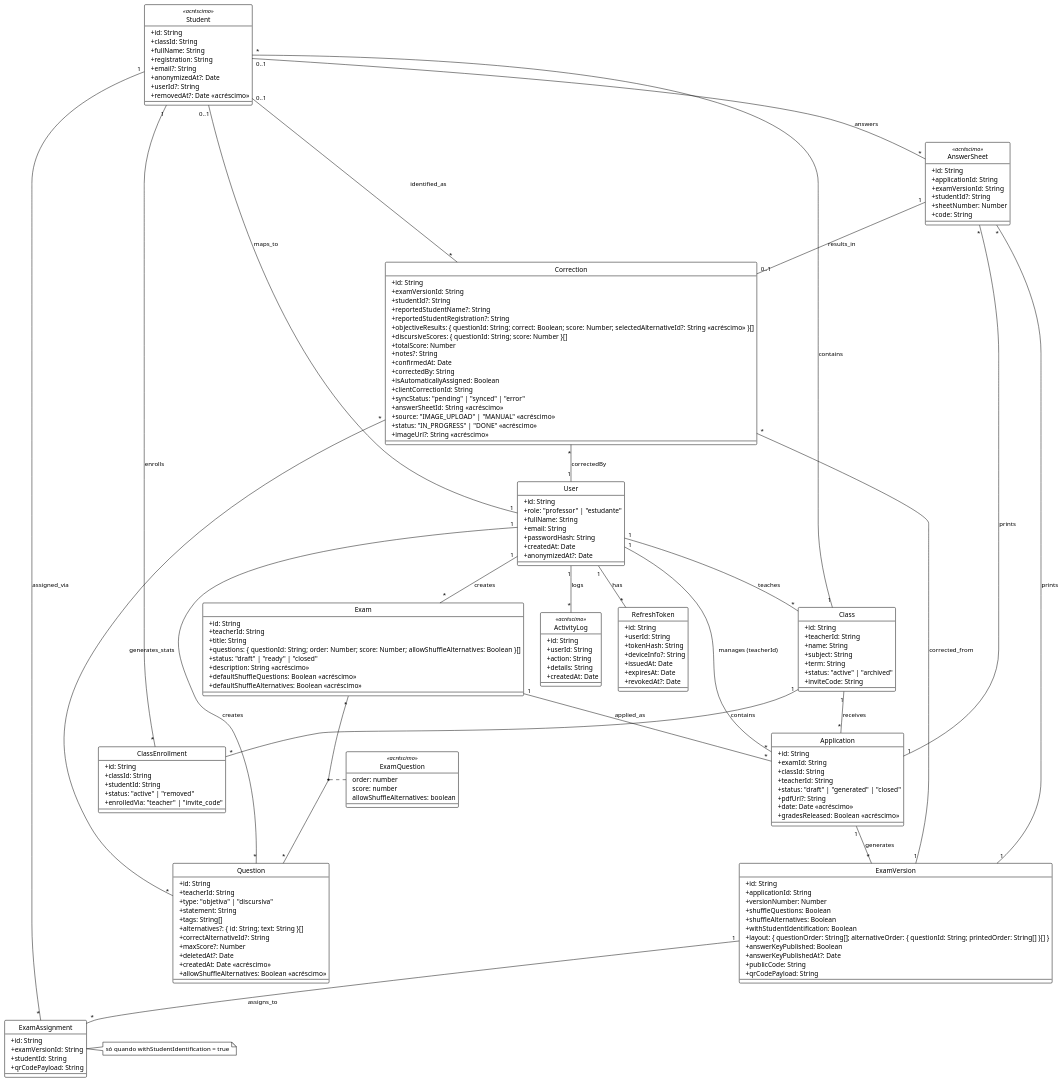
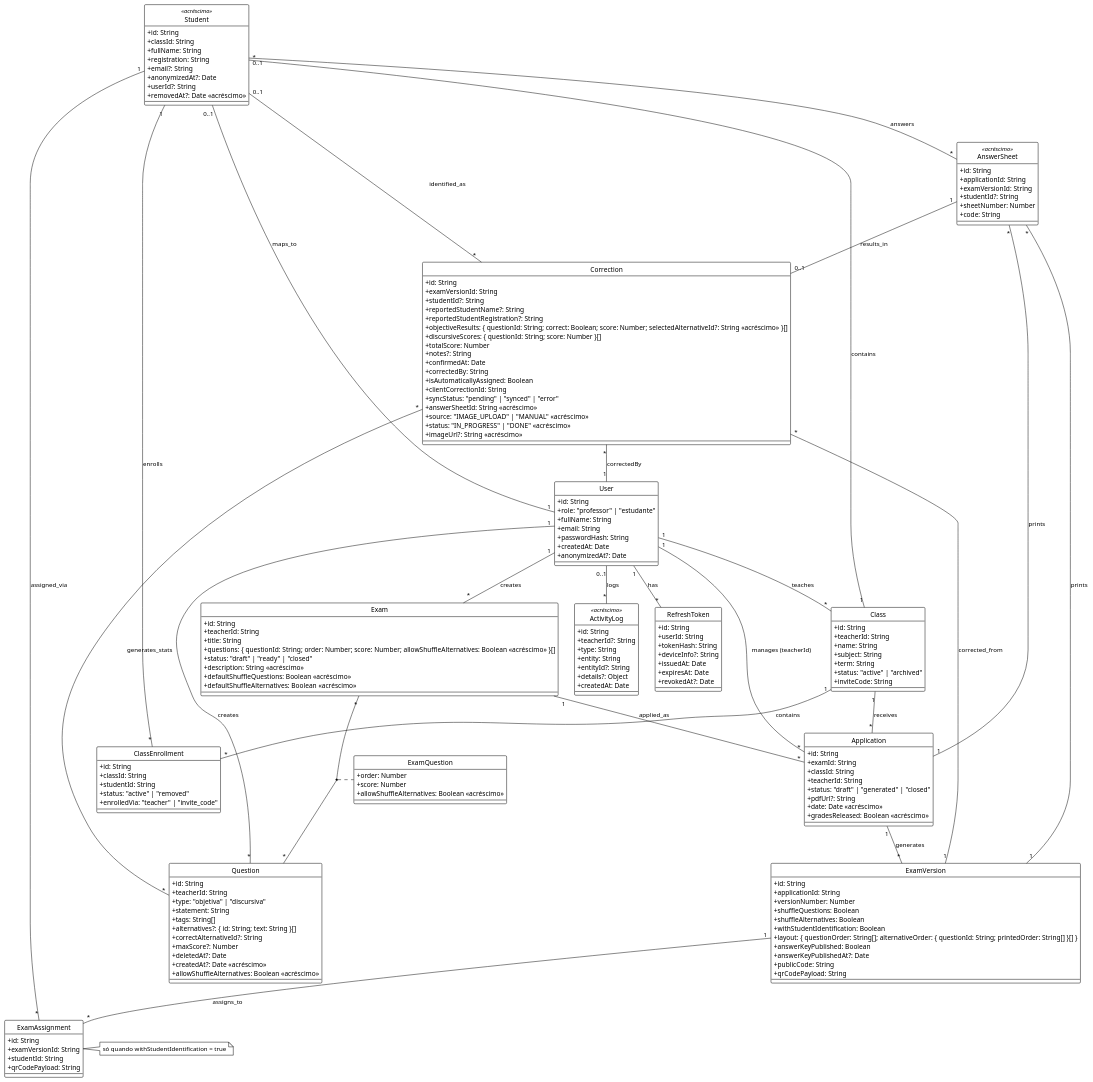
One commit to PrieTorres/correctio-app changed the diagram in docs/uml/class-diagram.puml. Above: the diagram before and after it, drawn with PlantUML. The commit also changed 1 other file, not shown here.

Commit message:
docs: match the class diagram to the data model: ActivityLog fields, optional Question.createdAt and the Spec's exam questions

```diff
--- a/docs/uml/class-diagram.puml
+++ b/docs/uml/class-diagram.puml
@@ -1,183 +1,185 @@
 @startuml
 !theme plain
 skinparam classAttributeIconSize 0
 hide circle
 
 class User {
-  +id: String
-  +role: "professor" | "estudante"
-  +fullName: String
-  +email: String
-  +passwordHash: String
-  +createdAt: Date
-  +anonymizedAt?: Date
+  +id: String
+  +role: "professor" | "estudante"
+  +fullName: String
+  +email: String
+  +passwordHash: String
+  +createdAt: Date
+  +anonymizedAt?: Date
 }
 
 class RefreshToken {
-  +id: String
-  +userId: String
-  +tokenHash: String
-  +deviceInfo?: String
-  +issuedAt: Date
-  +expiresAt: Date
-  +revokedAt?: Date
+  +id: String
+  +userId: String
+  +tokenHash: String
+  +deviceInfo?: String
+  +issuedAt: Date
+  +expiresAt: Date
+  +revokedAt?: Date
 }
 
 class Class {
-  +id: String
-  +teacherId: String
-  +name: String
-  +subject: String
-  +term: String
-  +status: "active" | "archived"
-  +inviteCode: String
+  +id: String
+  +teacherId: String
+  +name: String
+  +subject: String
+  +term: String
+  +status: "active" | "archived"
+  +inviteCode: String
 }
 
 class Student <<acréscimo>> {
-  +id: String
-  +classId: String
-  +fullName: String
-  +registration: String
-  +email?: String
-  +anonymizedAt?: Date
-  +userId?: String
-  +removedAt?: Date <<acréscimo>>
+  +id: String
+  +classId: String
+  +fullName: String
+  +registration: String
+  +email?: String
+  +anonymizedAt?: Date
+  +userId?: String
+  +removedAt?: Date <<acréscimo>>
 }
 
 class ClassEnrollment {
-  +id: String
-  +classId: String
-  +studentId: String
-  +status: "active" | "removed"
-  +enrolledVia: "teacher" | "invite_code"
+  +id: String
+  +classId: String
+  +studentId: String
+  +status: "active" | "removed"
+  +enrolledVia: "teacher" | "invite_code"
 }
 
 class Question {
-  +id: String
-  +teacherId: String
-  +type: "objetiva" | "discursiva"
-  +statement: String
-  +tags: String[]
-  +alternatives?: { id: String; text: String }[]
-  +correctAlternativeId?: String
-  +maxScore?: Number
-  +deletedAt?: Date
-  +createdAt: Date <<acréscimo>>
-  +allowShuffleAlternatives: Boolean <<acréscimo>>
+  +id: String
+  +teacherId: String
+  +type: "objetiva" | "discursiva"
+  +statement: String
+  +tags: String[]
+  +alternatives?: { id: String; text: String }[]
+  +correctAlternativeId?: String
+  +maxScore?: Number
+  +deletedAt?: Date
+  +createdAt?: Date <<acréscimo>>
+  +allowShuffleAlternatives: Boolean <<acréscimo>>
 }
 
 class Exam {
-  +id: String
-  +teacherId: String
-  +title: String
-  +questions: { questionId: String; order: Number; score: Number; allowShuffleAlternatives: Boolean }[]
-  +status: "draft" | "ready" | "closed"
-  +description: String <<acréscimo>>
-  +defaultShuffleQuestions: Boolean <<acréscimo>>
-  +defaultShuffleAlternatives: Boolean <<acréscimo>>
+  +id: String
+  +teacherId: String
+  +title: String
+  +questions: { questionId: String; order: Number; score: Number; allowShuffleAlternatives: Boolean <<acréscimo>> }[]
+  +status: "draft" | "ready" | "closed"
+  +description: String <<acréscimo>>
+  +defaultShuffleQuestions: Boolean <<acréscimo>>
+  +defaultShuffleAlternatives: Boolean <<acréscimo>>
 }
 
 class ExamAssignment {
-  +id: String
-  +examVersionId: String
-  +studentId: String
-  +qrCodePayload: String
+  +id: String
+  +examVersionId: String
+  +studentId: String
+  +qrCodePayload: String
 }
 note right of ExamAssignment: só quando withStudentIdentification = true
 
 class Application {
-  +id: String
-  +examId: String
-  +classId: String
-  +teacherId: String
-  +status: "draft" | "generated" | "closed"
-  +pdfUrl?: String
-  +date: Date <<acréscimo>>
-  +gradesReleased: Boolean <<acréscimo>>
+  +id: String
+  +examId: String
+  +classId: String
+  +teacherId: String
+  +status: "draft" | "generated" | "closed"
+  +pdfUrl?: String
+  +date: Date <<acréscimo>>
+  +gradesReleased: Boolean <<acréscimo>>
 }
 
 class ExamVersion {
-  +id: String
-  +applicationId: String
-  +versionNumber: Number
-  +shuffleQuestions: Boolean
-  +shuffleAlternatives: Boolean
-  +withStudentIdentification: Boolean
-  +layout: { questionOrder: String[]; alternativeOrder: { questionId: String; printedOrder: String[] }[] }
-  +answerKeyPublished: Boolean
-  +answerKeyPublishedAt?: Date
-  +publicCode: String
-  +qrCodePayload: String
+  +id: String
+  +applicationId: String
+  +versionNumber: Number
+  +shuffleQuestions: Boolean
+  +shuffleAlternatives: Boolean
+  +withStudentIdentification: Boolean
+  +layout: { questionOrder: String[]; alternativeOrder: { questionId: String; printedOrder: String[] }[] }
+  +answerKeyPublished: Boolean
+  +answerKeyPublishedAt?: Date
+  +publicCode: String
+  +qrCodePayload: String
 }
 
 class AnswerSheet <<acréscimo>> {
-  +id: String
-  +applicationId: String
-  +examVersionId: String
-  +studentId?: String
-  +sheetNumber: Number
-  +code: String
+  +id: String
+  +applicationId: String
+  +examVersionId: String
+  +studentId?: String
+  +sheetNumber: Number
+  +code: String
 }
 
 class Correction {
-  +id: String
-  +examVersionId: String
-  +studentId?: String
-  +reportedStudentName?: String
-  +reportedStudentRegistration?: String
-  +objectiveResults: { questionId: String; correct: Boolean; score: Number; selectedAlternativeId?: String <<acréscimo>> }[]
-  +discursiveScores: { questionId: String; score: Number }[]
-  +totalScore: Number
-  +notes?: String
-  +confirmedAt: Date
-  +correctedBy: String
-  +isAutomaticallyAssigned: Boolean
-  +clientCorrectionId: String
-  +syncStatus: "pending" | "synced" | "error"
-  +answerSheetId: String <<acréscimo>>
-  +source: "IMAGE_UPLOAD" | "MANUAL" <<acréscimo>>
-  +status: "IN_PROGRESS" | "DONE" <<acréscimo>>
-  +imageUrl?: String <<acréscimo>>
+  +id: String
+  +examVersionId: String
+  +studentId?: String
+  +reportedStudentName?: String
+  +reportedStudentRegistration?: String
+  +objectiveResults: { questionId: String; correct: Boolean; score: Number; selectedAlternativeId?: String <<acréscimo>> }[]
+  +discursiveScores: { questionId: String; score: Number }[]
+  +totalScore: Number
+  +notes?: String
+  +confirmedAt: Date
+  +correctedBy: String
+  +isAutomaticallyAssigned: Boolean
+  +clientCorrectionId: String
+  +syncStatus: "pending" | "synced" | "error"
+  +answerSheetId: String <<acréscimo>>
+  +source: "IMAGE_UPLOAD" | "MANUAL" <<acréscimo>>
+  +status: "IN_PROGRESS" | "DONE" <<acréscimo>>
+  +imageUrl?: String <<acréscimo>>
 }
 
 class ActivityLog <<acréscimo>> {
-  +id: String
-  +userId: String
-  +action: String
-  +details: String
-  +createdAt: Date
+  +id: String
+  +teacherId?: String
+  +type: String
+  +entity: String
+  +entityId?: String
+  +details?: Object
+  +createdAt: Date
 }
 
 User "1" -- "*" RefreshToken : has
 User "1" -- "*" Class : teaches
 User "1" -- "*" Question : creates
 User "1" -- "*" Exam : creates
 User "1" -- "0..1" Student : maps_to
 User "1" -- "*" Application : manages (teacherId)
-User "1" -- "*" ActivityLog : logs
+User "0..1" -- "*" ActivityLog : logs
 Class "1" -- "*" Student : contains
 Class "1" -- "*" ClassEnrollment : contains
 Student "1" -- "*" ClassEnrollment : enrolls
 Exam "1" -- "*" Application : applied_as
 Class "1" -- "*" Application : receives
 Application "1" -- "*" ExamVersion : generates
 ExamVersion "1" -- "*" ExamAssignment : assigns_to
 Student "1" -- "*" ExamAssignment : assigned_via
 Application "1" -- "*" AnswerSheet : prints
 ExamVersion "1" -- "*" AnswerSheet : prints
 Student "0..1" -- "*" AnswerSheet : answers
 AnswerSheet "1" -- "0..1" Correction : results_in
 ExamVersion "1" -- "*" Correction : corrected_from
 Student "0..1" -- "*" Correction : identified_as
 Correction "*" -- "1" User : correctedBy
 Correction "*" -- "*" Question : generates_stats
 
-class ExamQuestion <<acréscimo>> {
-  order: number
-  score: number
-  allowShuffleAlternatives: boolean
+class ExamQuestion {
+  +order: Number
+  +score: Number
+  +allowShuffleAlternatives: Boolean <<acréscimo>>
 }
 Exam "*" -- "*" Question
 (Exam, Question) .. ExamQuestion
 
 @enduml
```
